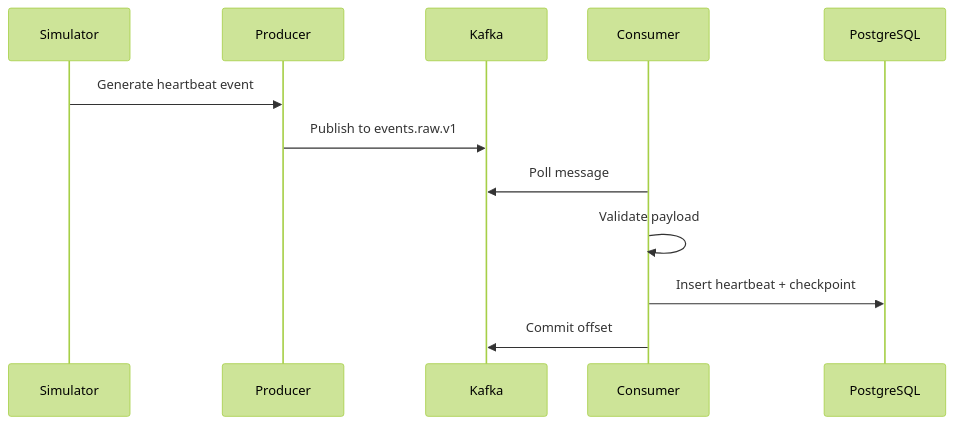
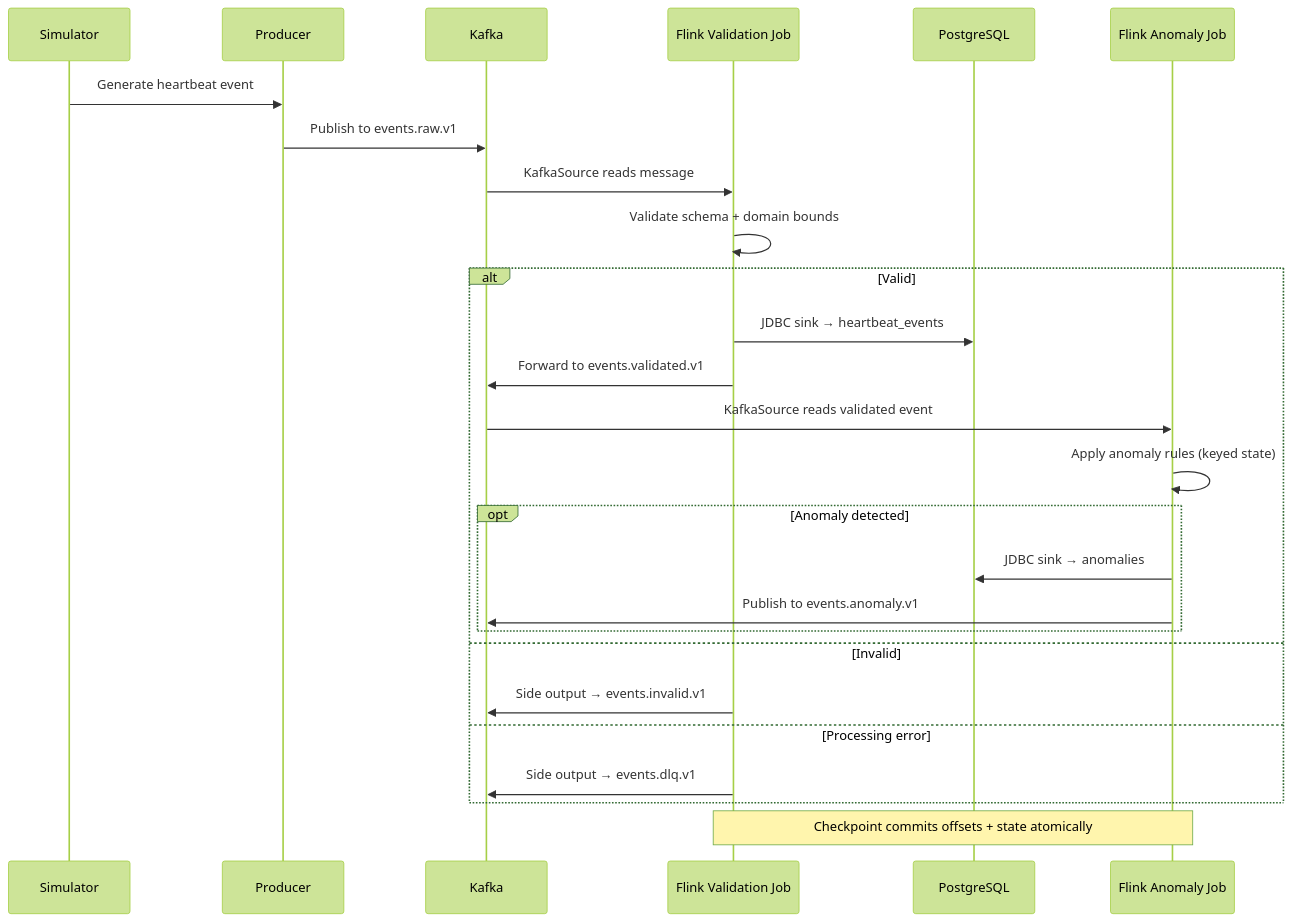
The diagram in docs/architecture/sequence-ingest.md (DE-E-K/DEM10), drawn with Mermaid (forest theme) before and after one commit. The commit also changed 6 other files, not shown here.

First line of the commit message:
docs+monitoring: update architecture, dashboard, and README for Flink

````diff
--- a/docs/architecture/sequence-ingest.md
+++ b/docs/architecture/sequence-ingest.md
@@ -3,15 +3,29 @@
 ```mermaid
 sequenceDiagram
   participant Sim as Simulator
   participant Prod as Producer
   participant Kafka as Kafka
-  participant Cons as Consumer
+  participant FlinkVal as Flink Validation Job
   participant DB as PostgreSQL
+  participant FlinkAnom as Flink Anomaly Job
 
   Sim->>Prod: Generate heartbeat event
   Prod->>Kafka: Publish to events.raw.v1
-  Cons->>Kafka: Poll message
-  Cons->>Cons: Validate payload
-  Cons->>DB: Insert heartbeat + checkpoint
-  Cons->>Kafka: Commit offset
+  Kafka->>FlinkVal: KafkaSource reads message
+  FlinkVal->>FlinkVal: Validate schema + domain bounds
+  alt Valid
+    FlinkVal->>DB: JDBC sink → heartbeat_events
+    FlinkVal->>Kafka: Forward to events.validated.v1
+    Kafka->>FlinkAnom: KafkaSource reads validated event
+    FlinkAnom->>FlinkAnom: Apply anomaly rules (keyed state)
+    opt Anomaly detected
+      FlinkAnom->>DB: JDBC sink → anomalies
+      FlinkAnom->>Kafka: Publish to events.anomaly.v1
+    end
+  else Invalid
+    FlinkVal->>Kafka: Side output → events.invalid.v1
+  else Processing error
+    FlinkVal->>Kafka: Side output → events.dlq.v1
+  end
+  Note over FlinkVal,FlinkAnom: Checkpoint commits offsets + state atomically
 ```
````
